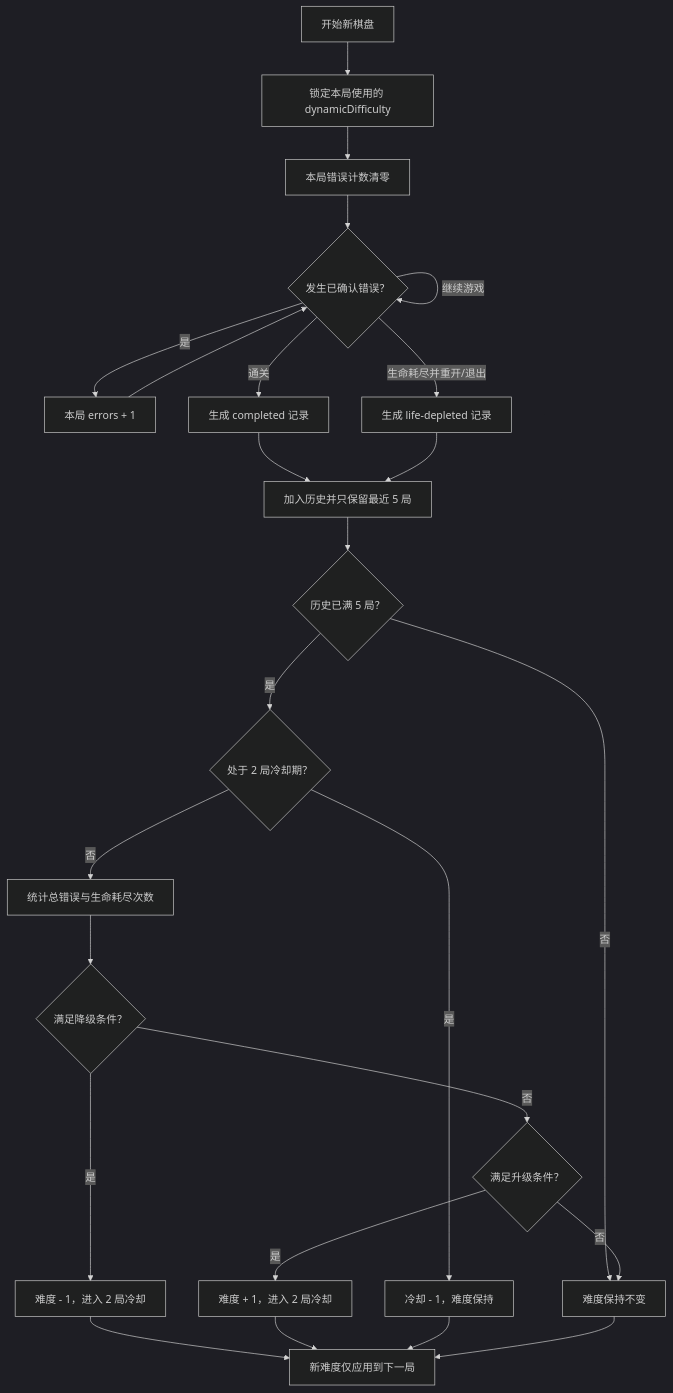
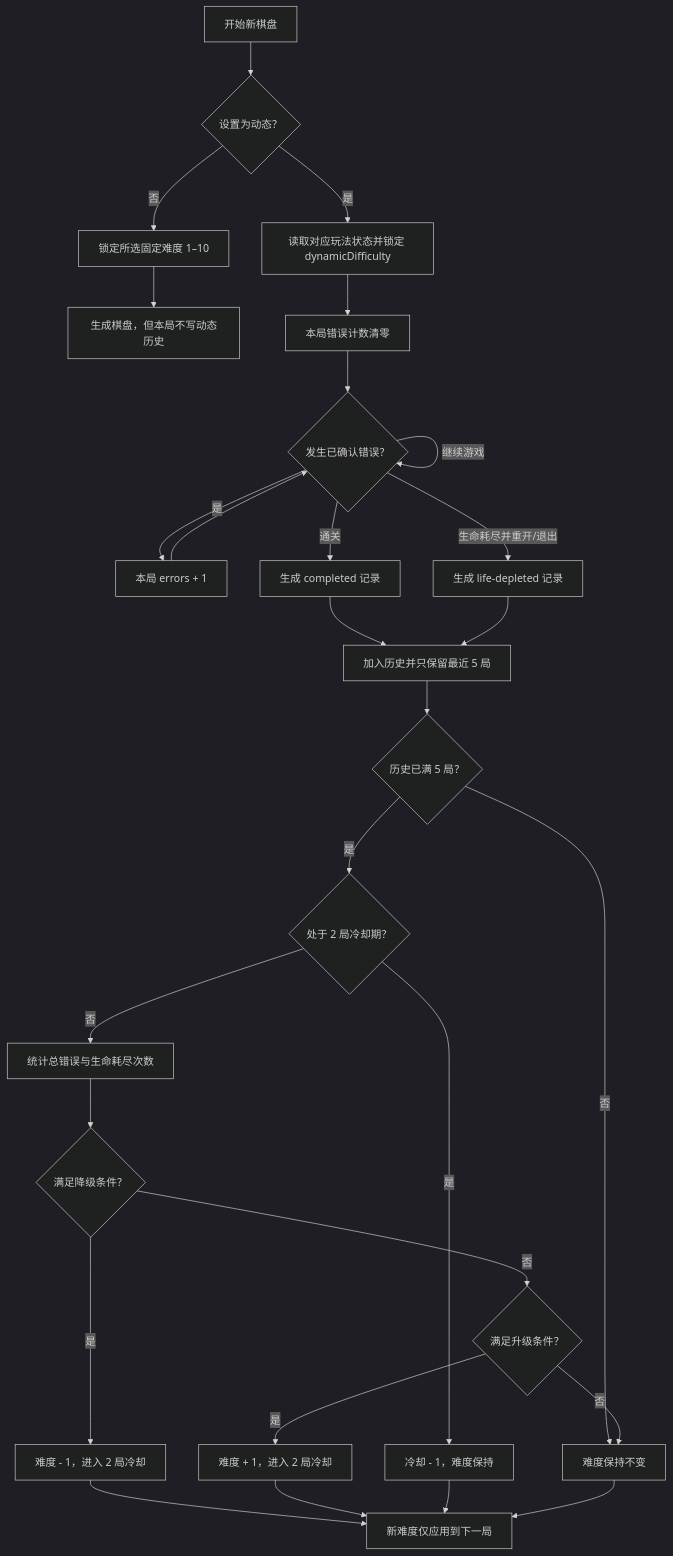
The diagram in docs/dynamic-difficulty-last-5-games.md (sgggom/NumberConnect), drawn with Mermaid (dark theme) before and after one commit. The commit also changed other lines of this file and 24 other files, not shown here.

````diff
--- a/docs/dynamic-difficulty-last-5-games.md
+++ b/docs/dynamic-difficulty-last-5-games.md
@@ -148,27 +171,30 @@
 ```mermaid
 flowchart TD
-    A["开始新棋盘"] --> B["锁定本局使用的 dynamicDifficulty"]
+    A["开始新棋盘"] --> A1{"设置为动态？"}
+    A1 -- "是" --> B["读取对应玩法状态并锁定 dynamicDifficulty"]
+    A1 -- "否" --> B1["锁定所选固定难度 1–10"]
+    B1 --> B2["生成棋盘，但本局不写动态历史"]
     B --> C["本局错误计数清零"]
     C --> D{"发生已确认错误？"}
     D -- "是" --> E["本局 errors + 1"]
     E --> D
     D -- "继续游戏" --> D
     D -- "通关" --> F["生成 completed 记录"]
     D -- "生命耗尽并重开/退出" --> G["生成 life-depleted 记录"]
     F --> H["加入历史并只保留最近 5 局"]
     G --> H
     H --> I{"历史已满 5 局？"}
     I -- "否" --> J["难度保持不变"]
     I -- "是" --> K{"处于 2 局冷却期？"}
     K -- "是" --> L["冷却 - 1，难度保持"]
     K -- "否" --> M["统计总错误与生命耗尽次数"]
     M --> N{"满足降级条件？"}
     N -- "是" --> O["难度 - 1，进入 2 局冷却"]
     N -- "否" --> P{"满足升级条件？"}
     P -- "是" --> Q["难度 + 1，进入 2 局冷却"]
     P -- "否" --> J
     O --> R["新难度仅应用到下一局"]
     Q --> R
     L --> R
     J --> R
 ```
````
